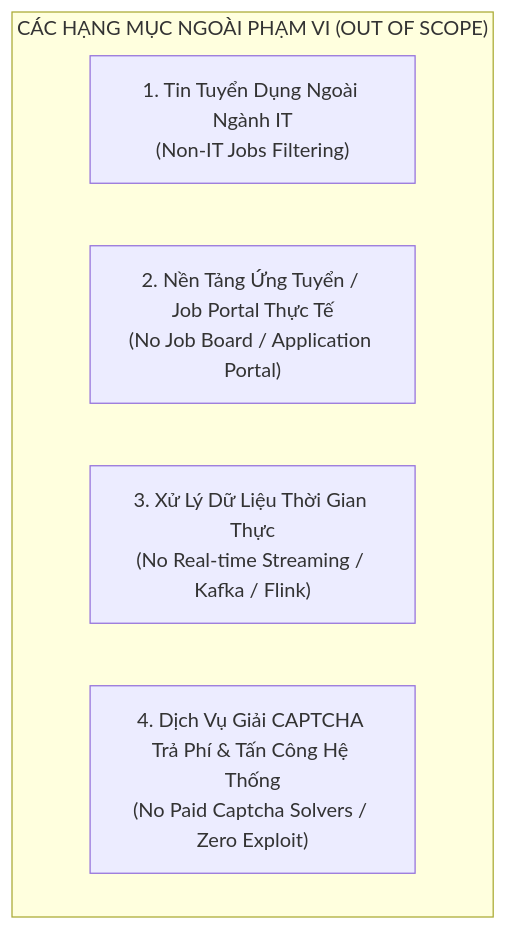
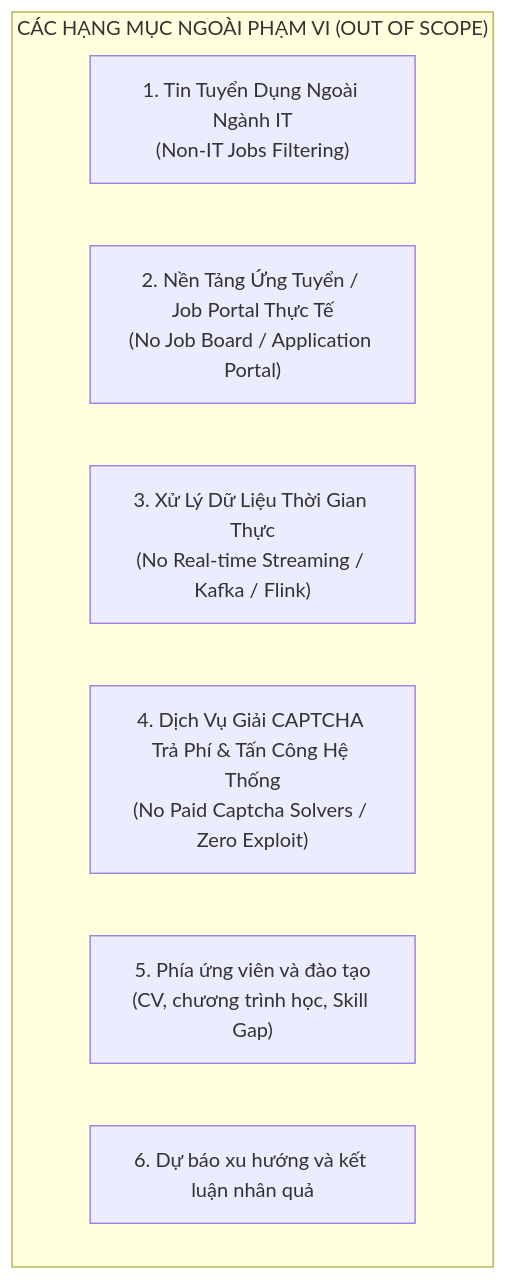
Before and after one commit to Archduker/VN-IT-Job-Mining: the first of 2 diagrams in docs/spec/02_out_of_scope.md, drawn with Mermaid. The commit also changed other lines of this file and 90 other files, not shown here.

````diff
--- a/docs/spec/02_out_of_scope.md
+++ b/docs/spec/02_out_of_scope.md
@@ -23,9 +23,11 @@
 ```mermaid
 flowchart TD
     subgraph OutOfScope["CÁC HẠNG MỤC NGOÀI PHẠM VI (OUT OF SCOPE)"]
         O1["1. Tin Tuyển Dụng Ngoài Ngành IT\n(Non-IT Jobs Filtering)"]
         O2["2. Nền Tảng Ứng Tuyển / Job Portal Thực Tế\n(No Job Board / Application Portal)"]
         O3["3. Xử Lý Dữ Liệu Thời Gian Thực\n(No Real-time Streaming / Kafka / Flink)"]
         O4["4. Dịch Vụ Giải CAPTCHA Trả Phí & Tấn Công Hệ Thống\n(No Paid Captcha Solvers / Zero Exploit)"]
+        O5["5. Phía ứng viên và đào tạo\n(CV, chương trình học, Skill Gap)"]
+        O6["6. Dự báo xu hướng và kết luận nhân quả"]
     end
 ```
````
